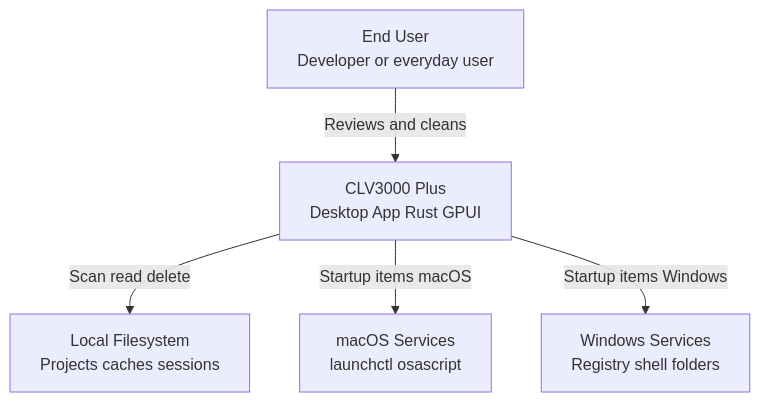
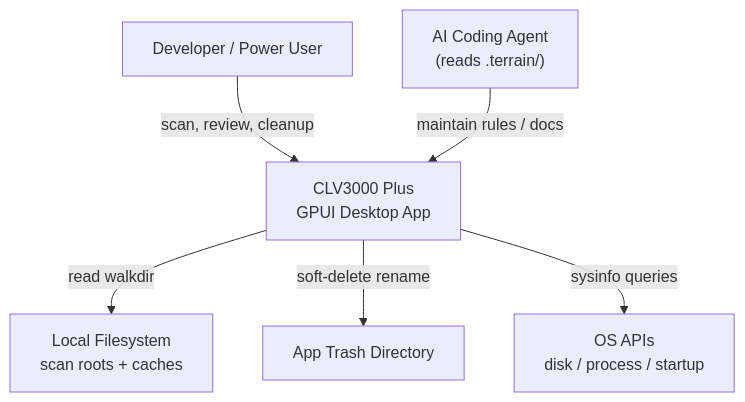
Before and after one commit to sopaco/CLV3000-Plus: the diagram in .terrain/human/1.Overview.md, drawn with Mermaid. The commit also changed other lines of this file and 15 other files, not shown here.

````diff
--- a/.terrain/human/1.Overview.md
+++ b/.terrain/human/1.Overview.md
@@ -23,13 +23,17 @@
 ```mermaid
 graph TB
-    User["End User<br/>Developer or everyday user"]
-    CLV["CLV3000 Plus<br/>Desktop App Rust GPUI"]
-    FS["Local Filesystem<br/>Projects caches sessions"]
-    macOS["macOS Services<br/>launchctl osascript"]
-    Win["Windows Services<br/>Registry shell folders"]
-
-    User -->|"Reviews and cleans"| CLV
-    CLV -->|"Scan read delete"| FS
-    CLV -->|"Startup items macOS"| macOS
-    CLV -->|"Startup items Windows"| Win
+    DevUser["Developer / Power User"]
+    AgentUser["AI Coding Agent<br/>(reads .terrain/)"]
+    
+    CLV["CLV3000 Plus<br/>GPUI Desktop App"]
+    
+    FS["Local Filesystem<br/>scan roots + caches"]
+    Trash["App Trash Directory"]
+    OS["OS APIs<br/>disk / process / startup"]
+    
+    DevUser -->|"scan, review, cleanup"| CLV
+    AgentUser -->|"maintain rules / docs"| CLV
+    CLV -->|"read walkdir"| FS
+    CLV -->|"soft-delete rename"| Trash
+    CLV -->|"sysinfo queries"| OS
 ```
````
